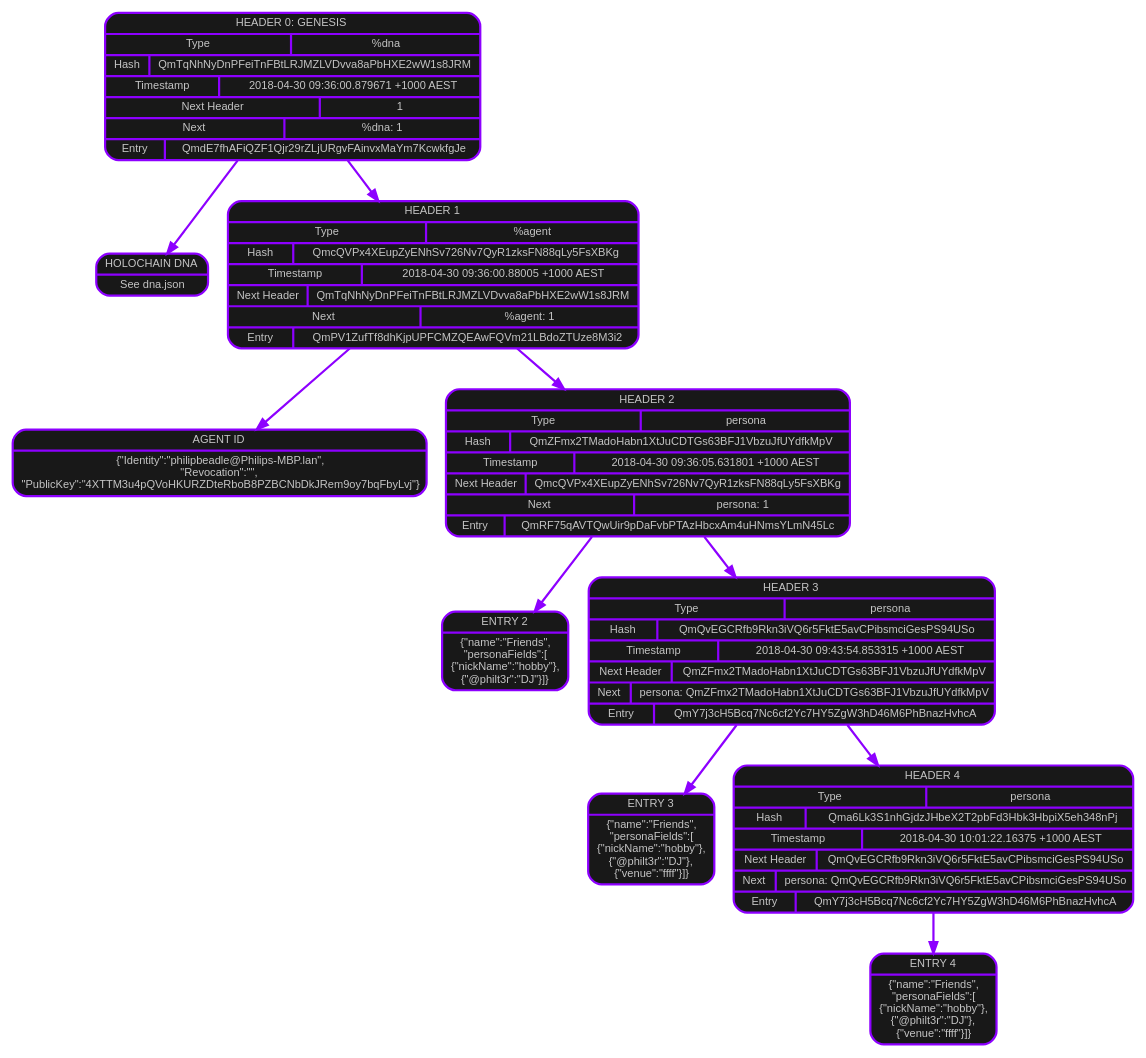
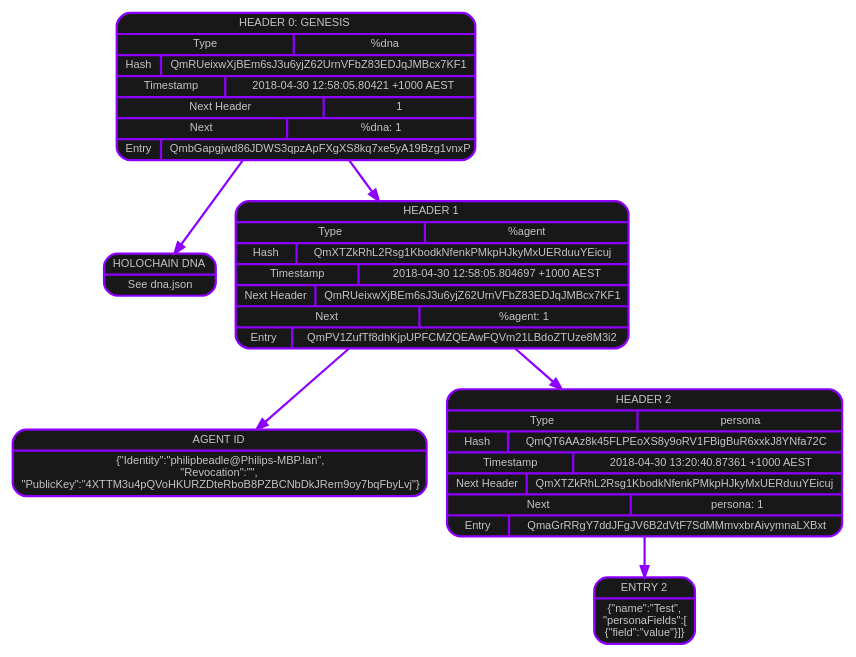
The diagram in vault.dot (holochain/personas-profiles-redux), drawn with Graphviz before and after one commit. The commit also changed 15 other files, not shown here.

```diff
--- a/vault.dot
+++ b/vault.dot
@@ -1,59 +1,37 @@
 digraph chain {
 graph [splines=line];
 node [shape=record fontname="Arial",fontsize="10",style="rounded, filled",penwidth=2,fontcolor="#c5c5c5",color="#8d00ff",fillcolor="#181818"];
 edge [penwidth=2, color="#8d00ff"];
 header0 [label=<{HEADER 0: GENESIS|
 {Type|%dna}|
-{Hash|QmTqNhNyDnPFeiTnFBtLRJMZLVDvva8aPbHXE2wW1s8JRM}|
-{Timestamp|2018-04-30 09:36:00.879671 +1000 AEST}|
+{Hash|QmRUeixwXjBEm6sJ3u6yjZ62UrnVFbZ83EDJqJMBcx7KF1}|
+{Timestamp|2018-04-30 12:58:05.80421 +1000 AEST}|
 {Next Header|1}|
 {Next|%dna: 1}|
-{Entry|QmdE7fhAFiQZF1Qjr29rZLjURgvFAinvxMaYm7KcwkfgJe}
+{Entry|QmbGapgjwd86JDWS3qpzApFXgXS8kq7xe5yA19Bzg1vnxP}
 }>];
 content0 [label=<{HOLOCHAIN DNA|See dna.json}>];
 header0->content0;
 header0->header1;
 header1 [label=<{HEADER 1|
 {Type|%agent}|
-{Hash|QmcQVPx4XEupZyENhSv726Nv7QyR1zksFN88qLy5FsXBKg}|
-{Timestamp|2018-04-30 09:36:00.88005 +1000 AEST}|
-{Next Header|QmTqNhNyDnPFeiTnFBtLRJMZLVDvva8aPbHXE2wW1s8JRM}|
+{Hash|QmXTZkRhL2Rsg1KbodkNfenkPMkpHJkyMxUERduuYEicuj}|
+{Timestamp|2018-04-30 12:58:05.804697 +1000 AEST}|
+{Next Header|QmRUeixwXjBEm6sJ3u6yjZ62UrnVFbZ83EDJqJMBcx7KF1}|
 {Next|%agent: 1}|
 {Entry|QmPV1ZufTf8dhKjpUPFCMZQEAwFQVm21LBdoZTUze8M3i2}
 }>];
 content1 [label=<{AGENT ID|\{"Identity":"philipbeadle@Philips-MBP.lan",<br/>"Revocation":"",<br/>"PublicKey":"4XTTM3u4pQVoHKURZDteRboB8PZBCNbDkJRem9oy7bqFbyLvj"\}}>];
 header1->content1;
 header1->header2;
 header2 [label=<{HEADER 2|
 {Type|persona}|
-{Hash|QmZFmx2TMadoHabn1XtJuCDTGs63BFJ1VbzuJfUYdfkMpV}|
-{Timestamp|2018-04-30 09:36:05.631801 +1000 AEST}|
-{Next Header|QmcQVPx4XEupZyENhSv726Nv7QyR1zksFN88qLy5FsXBKg}|
+{Hash|QmQT6AAz8k45FLPEoXS8y9oRV1FBigBuR6xxkJ8YNfa72C}|
+{Timestamp|2018-04-30 13:20:40.87361 +1000 AEST}|
+{Next Header|QmXTZkRhL2Rsg1KbodkNfenkPMkpHJkyMxUERduuYEicuj}|
 {Next|persona: 1}|
-{Entry|QmRF75qAVTQwUir9pDaFvbPTAzHbcxAm4uHNmsYLmN45Lc}
+{Entry|QmaGrRRgY7ddJFgJV6B2dVtF7SdMMmvxbrAivymnaLXBxt}
 }>];
-content2 [label=<{ENTRY 2|\{"name":"Friends",<br/>"personaFields":[<br/>\{"nickName":"hobby"\},<br/>\{"@philt3r":"DJ"\}]\}}>];
+content2 [label=<{ENTRY 2|\{"name":"Test",<br/>"personaFields":[<br/>\{"field":"value"\}]\}}>];
 header2->content2;
-header2->header3;
-header3 [label=<{HEADER 3|
-{Type|persona}|
-{Hash|QmQvEGCRfb9Rkn3iVQ6r5FktE5avCPibsmciGesPS94USo}|
-{Timestamp|2018-04-30 09:43:54.853315 +1000 AEST}|
-{Next Header|QmZFmx2TMadoHabn1XtJuCDTGs63BFJ1VbzuJfUYdfkMpV}|
-{Next|persona: QmZFmx2TMadoHabn1XtJuCDTGs63BFJ1VbzuJfUYdfkMpV}|
-{Entry|QmY7j3cH5Bcq7Nc6cf2Yc7HY5ZgW3hD46M6PhBnazHvhcA}
-}>];
-content3 [label=<{ENTRY 3|\{"name":"Friends",<br/>"personaFields":[<br/>\{"nickName":"hobby"\},<br/>\{"@philt3r":"DJ"\},<br/>\{"venue":"ffff"\}]\}}>];
-header3->content3;
-header3->header4;
-header4 [label=<{HEADER 4|
-{Type|persona}|
-{Hash|Qma6Lk3S1nhGjdzJHbeX2T2pbFd3Hbk3HbpiX5eh348nPj}|
-{Timestamp|2018-04-30 10:01:22.16375 +1000 AEST}|
-{Next Header|QmQvEGCRfb9Rkn3iVQ6r5FktE5avCPibsmciGesPS94USo}|
-{Next|persona: QmQvEGCRfb9Rkn3iVQ6r5FktE5avCPibsmciGesPS94USo}|
-{Entry|QmY7j3cH5Bcq7Nc6cf2Yc7HY5ZgW3hD46M6PhBnazHvhcA}
-}>];
-content4 [label=<{ENTRY 4|\{"name":"Friends",<br/>"personaFields":[<br/>\{"nickName":"hobby"\},<br/>\{"@philt3r":"DJ"\},<br/>\{"venue":"ffff"\}]\}}>];
-header4->content4;
 }
```
